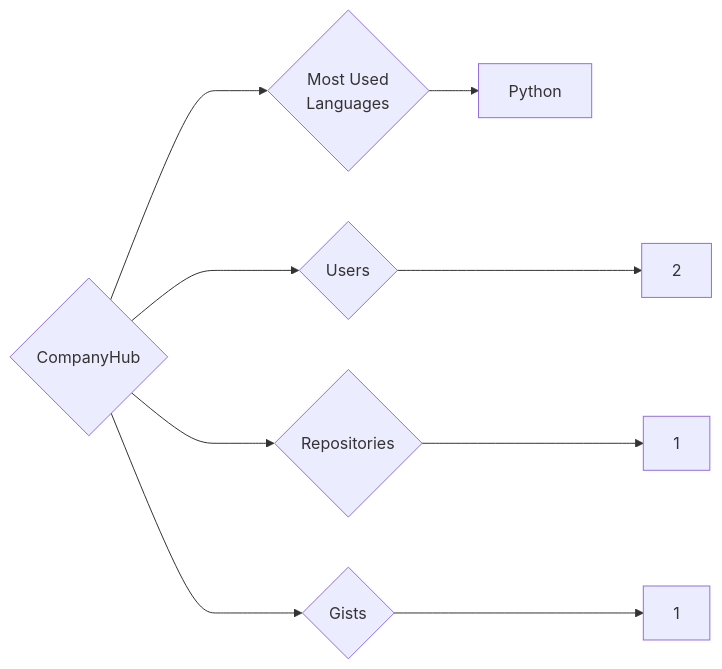
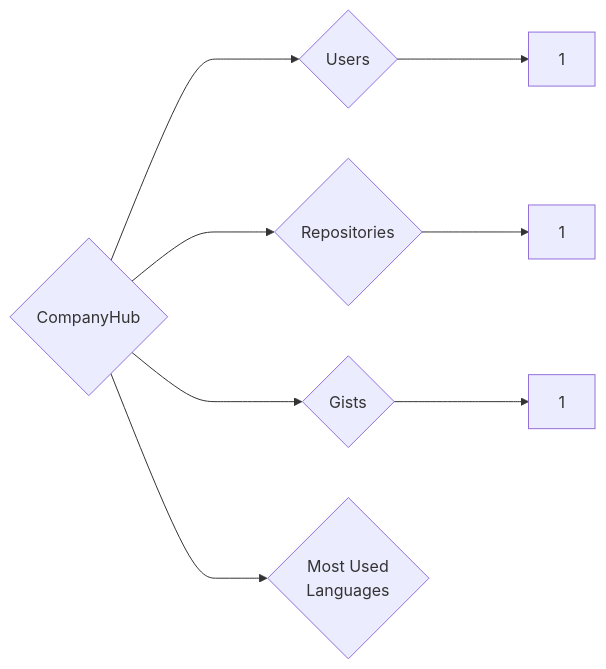
One commit to trickest/insiders changed the diagram in targets/CompanyHub/README.md. Above: the diagram before and after it, drawn with Mermaid. The commit also changed 1166 other files, not shown here.

````diff
--- a/targets/CompanyHub/README.md
+++ b/targets/CompanyHub/README.md
@@ -3,9 +3,8 @@
 ```mermaid
 graph LR
 COMPANY_NAME{CompanyHub}
-COMPANY_NAME ---> U{Users} ---> UN[2]
+COMPANY_NAME ---> U{Users} ---> UN[1]
 COMPANY_NAME ---> R{Repositories} ---> RN[1]
 COMPANY_NAME ---> G{Gists} ---> GN[1]
 COMPANY_NAME ---> ML{Most Used<br>Languages}
-ML --> Python[Python]
 ```
````
